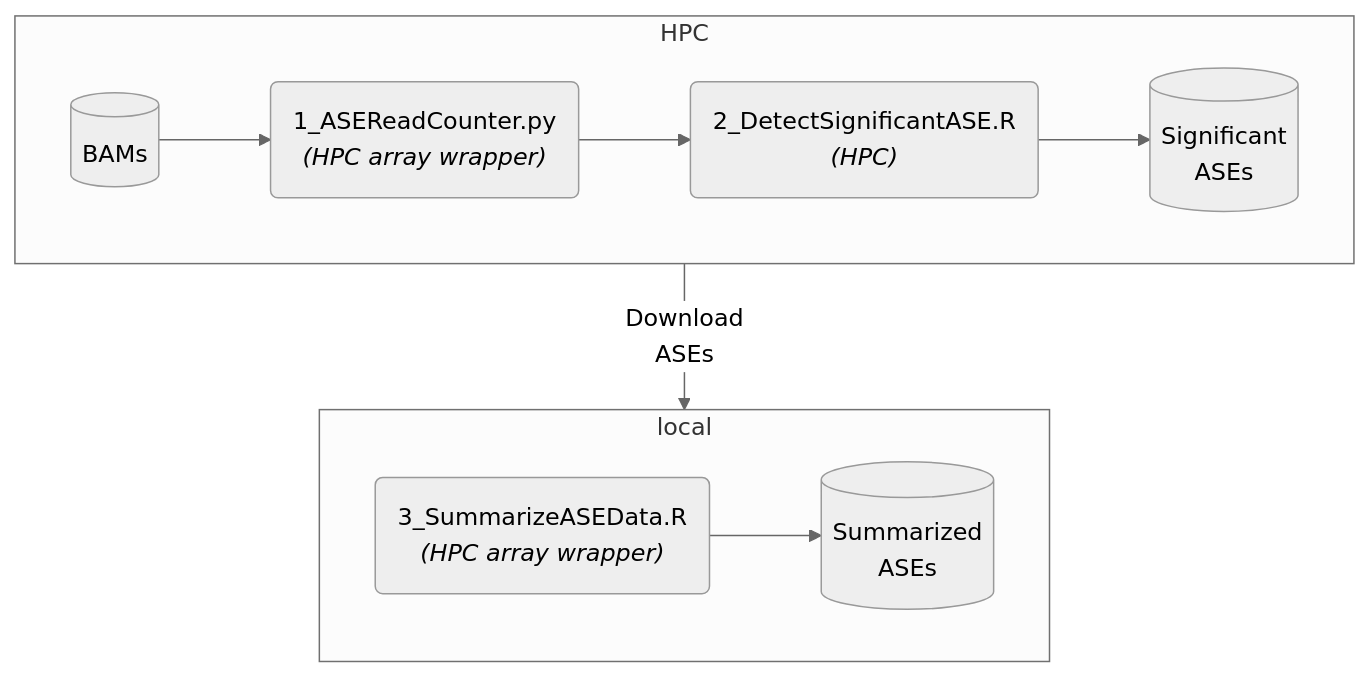
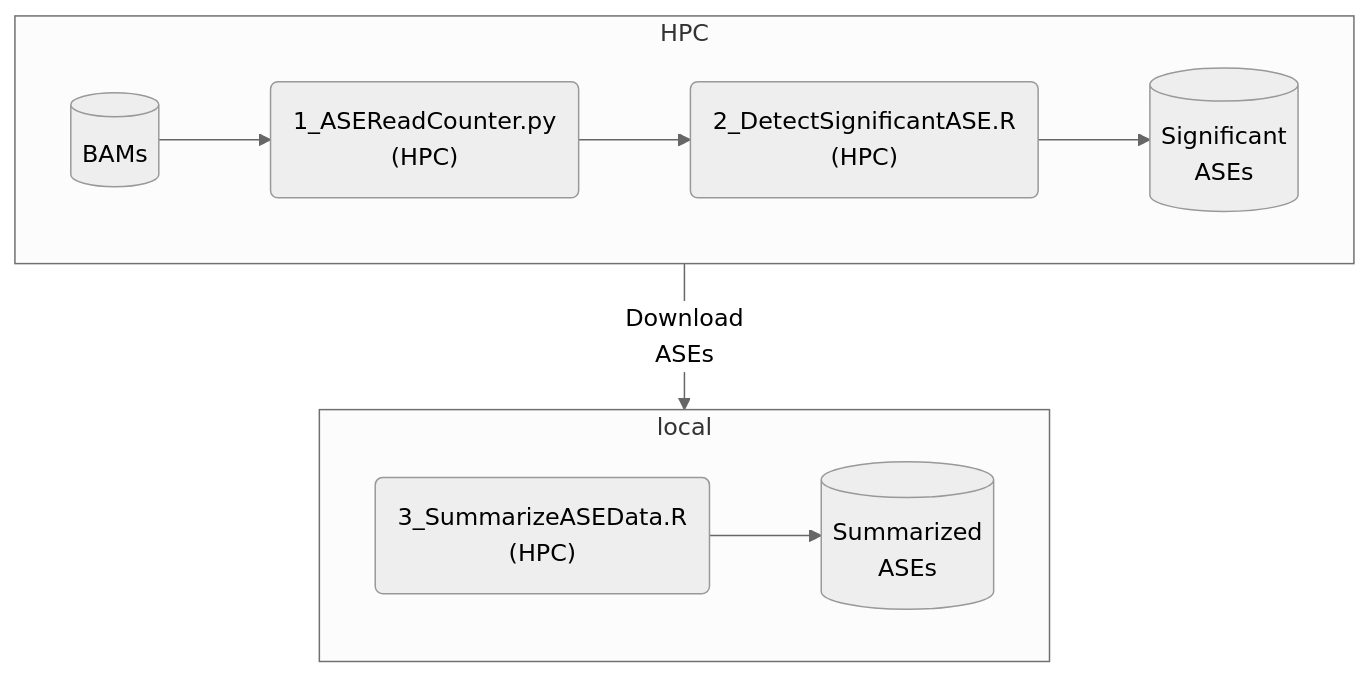
Before and after one commit to charlesrocabert/Tribolium-castaneum-transcriptomics-pipeline: diagram 11 of 12 in README.md, drawn with Mermaid (neutral theme). The commit also changed other lines of this file, not shown here.

````diff
--- a/README.md
+++ b/README.md
@@ -651,14 +651,14 @@
 ```mermaid
 flowchart TB
 subgraph sg1["HPC"]
 direction LR
-A[("BAMs")] --> B("1_ASEReadCounter.py<br/><em>(HPC array wrapper)</em>")
-B --> C("2_DetectSignificantASE.R<br/><em>(HPC)</em>")
+A[("BAMs")] --> B("1_ASEReadCounter.py<br/>(HPC)")
+B --> C("2_DetectSignificantASE.R<br/>(HPC)")
 C --> D[("Significant<br/>ASEs")]
 end
 subgraph sg2["local"]
 direction LR
-E("3_SummarizeASEData.R<br/><em>(HPC array wrapper)</em>") --> F[("Summarized<br/>ASEs")]
+E("3_SummarizeASEData.R<br/>(HPC)") --> F[("Summarized<br/>ASEs")]
 end
 sg1 --> |"Download<br/>ASEs"| sg2
 ```
````
